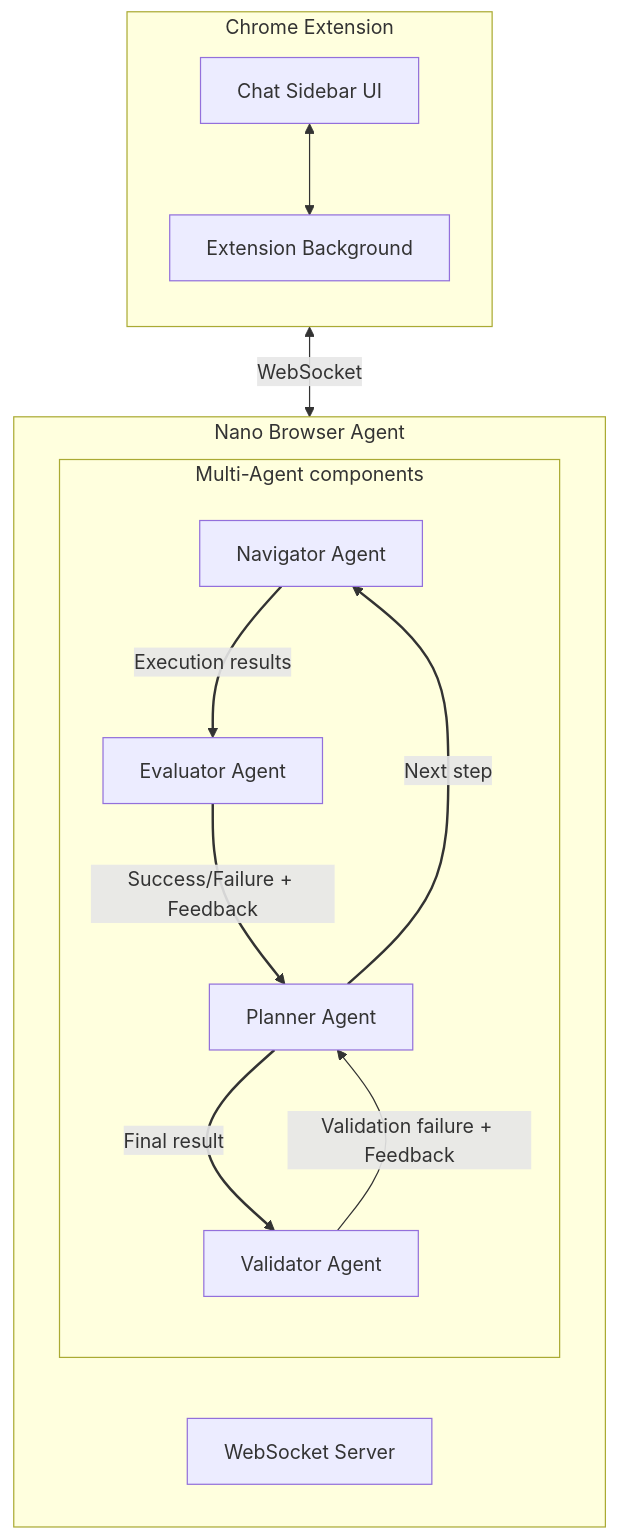
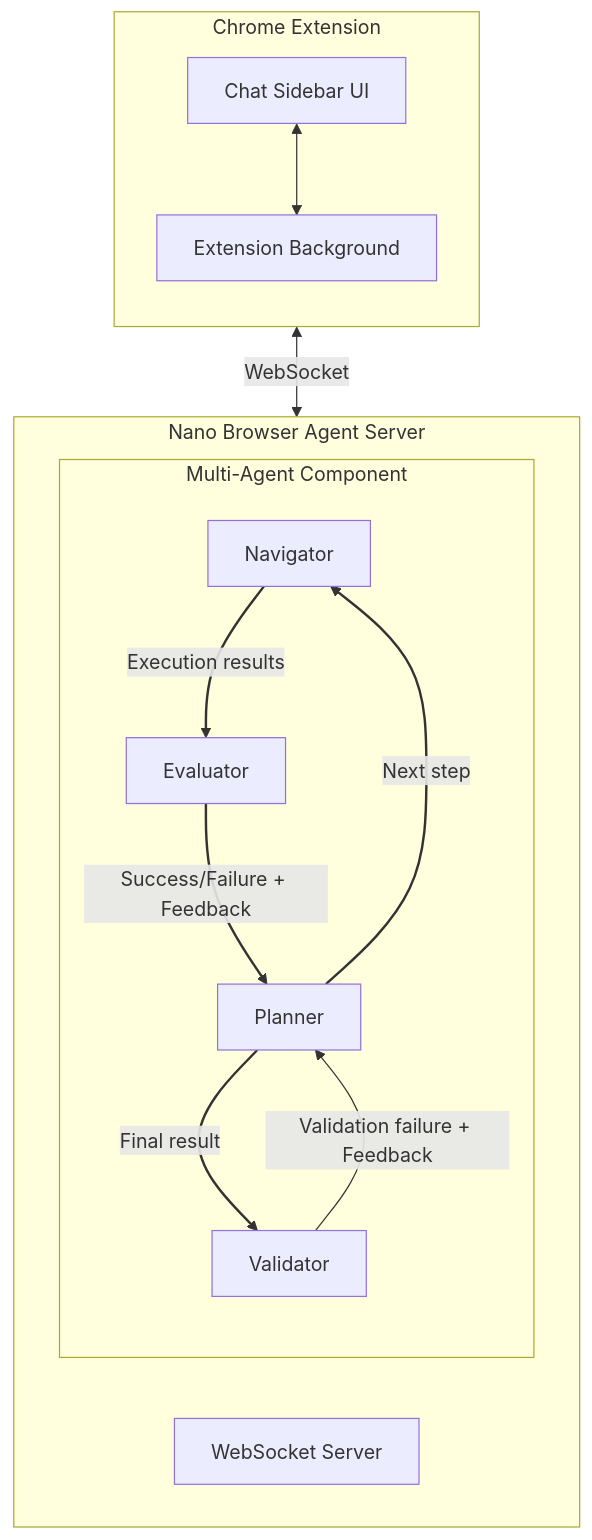
Before and after one commit to ravindramarkard/Web-Plugin-AI-Automation: the diagram in README.md, drawn with Mermaid. The commit also changed other lines of this file, not shown here.

````diff
--- a/README.md
+++ b/README.md
@@ -10,33 +10,33 @@
 ```mermaid
 graph TB
-subgraph "Nano Browser Agent"
+subgraph "Nano Browser Agent Server"
 direction LR
 WS[WebSocket Server]
-subgraph "Multi-Agent components"
+subgraph "Multi-Agent Component"
 direction TB
-N[Navigator Agent]
-P[Planner Agent]
-E[Evaluator Agent]
-V[Validator Agent]
+N[Navigator]
+P[Planner]
+E[Evaluator]
+V[Validator]
 end
 end
 subgraph "Chrome Extension"
 direction TB
 UI[Chat Sidebar UI]
 CE[Extension Background]
 end
 
 %% External Communications
 UI <--> CE
 CE <-->|WebSocket| WS
 
 %% Agent interactions
 P -->|Next step| N
 N -->|Execution results| E
 E -->|Success/Failure + Feedback| P
 P -->|Final result| V
 V -->|Validation failure + Feedback| P
 
 %% Layout hints
 linkStyle 2,3,4,5 stroke-width:2
 ```
````
